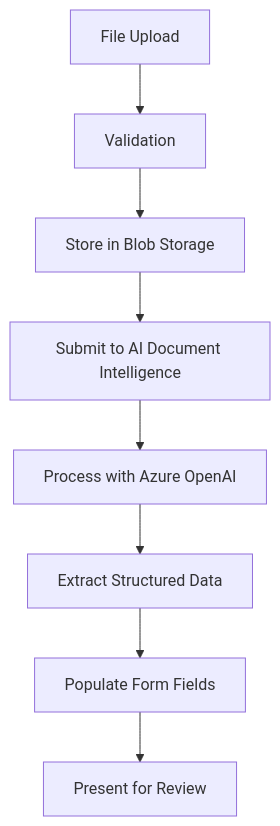
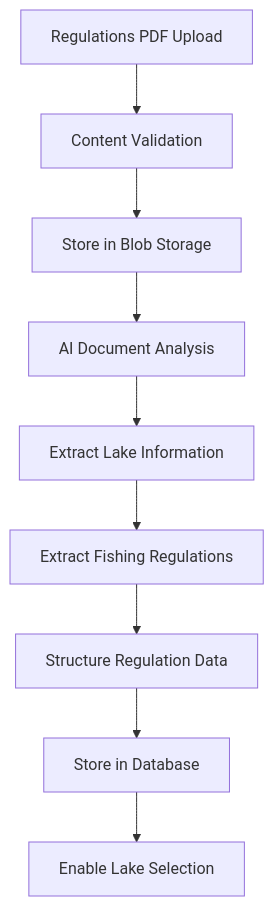
Before and after one commit to rockfordlhotka/BlazorFishingRegs: the diagram in docs/BlazorAI-PDF-Form-Spec.md, drawn with Mermaid. The commit also changed other lines of this file and 6 other files, not shown here.

Commit message:
Specify we're talking about fishing regulations

````diff
--- a/docs/BlazorAI-PDF-Form-Spec.md
+++ b/docs/BlazorAI-PDF-Form-Spec.md
@@ -101,10 +101,11 @@
 ```mermaid
 graph TD
-    A[File Upload] --> B[Validation]
+    A[Regulations PDF Upload] --> B[Content Validation]
     B --> C[Store in Blob Storage]
-    C --> D[Submit to AI Document Intelligence]
-    D --> E[Process with Azure OpenAI]
-    E --> F[Extract Structured Data]
-    F --> G[Populate Form Fields]
-    G --> H[Present for Review]
+    C --> D[AI Document Analysis]
+    D --> E[Extract Lake Information]
+    E --> F[Extract Fishing Regulations]
+    F --> G[Structure Regulation Data]
+    G --> H[Store in Database]
+    H --> I[Enable Lake Selection]
 ```
````
